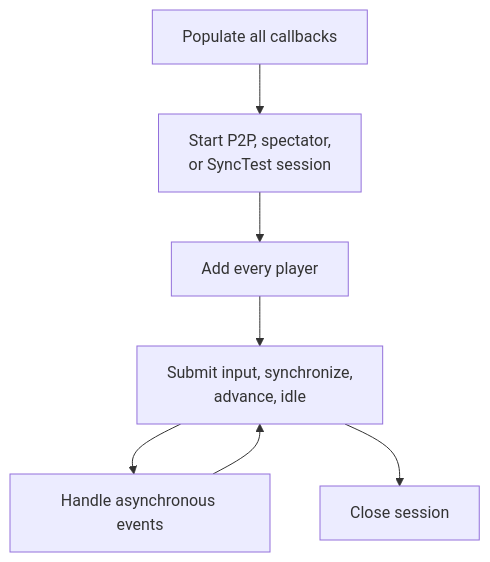
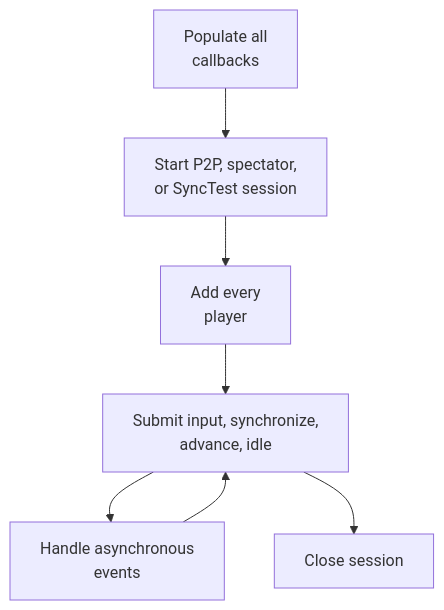
Before and after one commit to irregularthanis/ggpo-next: the diagram in doc/architecture/API.md, drawn with Mermaid. The commit also changed 9 other files, not shown here.

Commit message:
docs: wrap Mermaid diagram labels

````diff
--- a/doc/architecture/API.md
+++ b/doc/architecture/API.md
@@ -28,13 +28,13 @@
 ```mermaid
 flowchart TD
-    Callbacks["Populate all callbacks"]
+    Callbacks["Populate all<br/>callbacks"]
     Start["Start P2P, spectator,<br/>or SyncTest session"]
-    Players["Add every player"]
+    Players["Add every<br/>player"]
     Loop["Submit input, synchronize,<br/>advance, idle"]
-    Events["Handle asynchronous events"]
+    Events["Handle asynchronous<br/>events"]
     Close["Close session"]
 
     Callbacks --> Start --> Players --> Loop
     Loop --> Events --> Loop
     Loop --> Close
 ```
````
